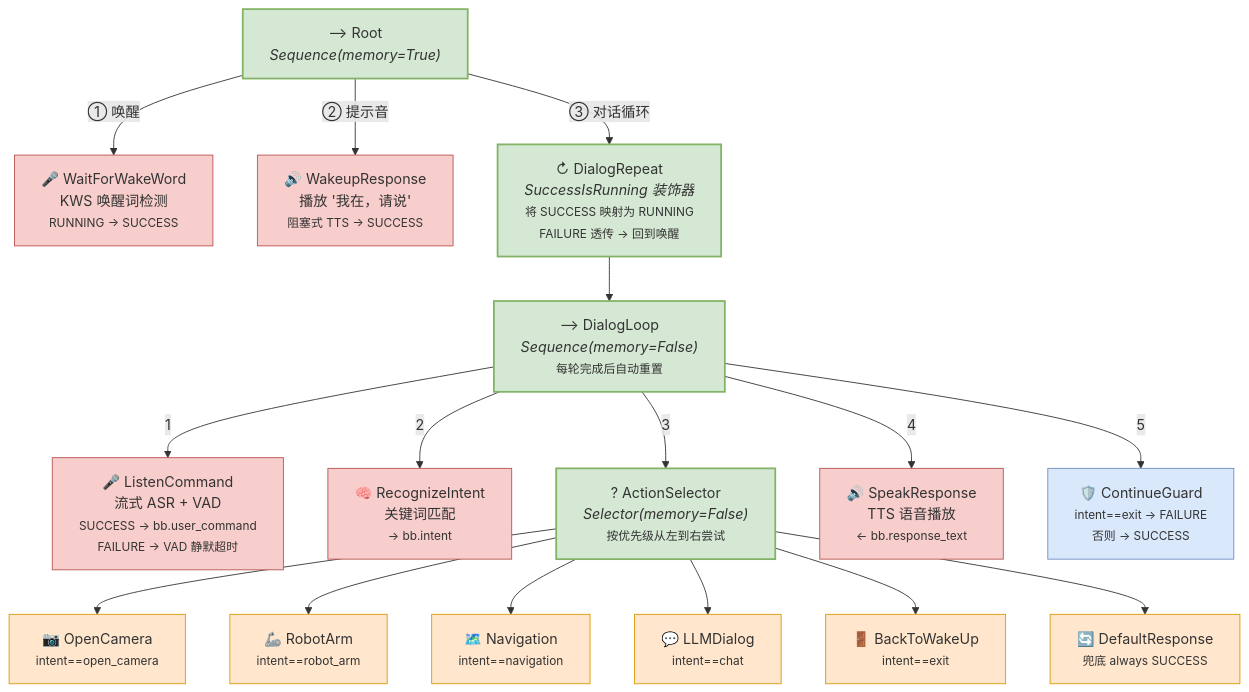
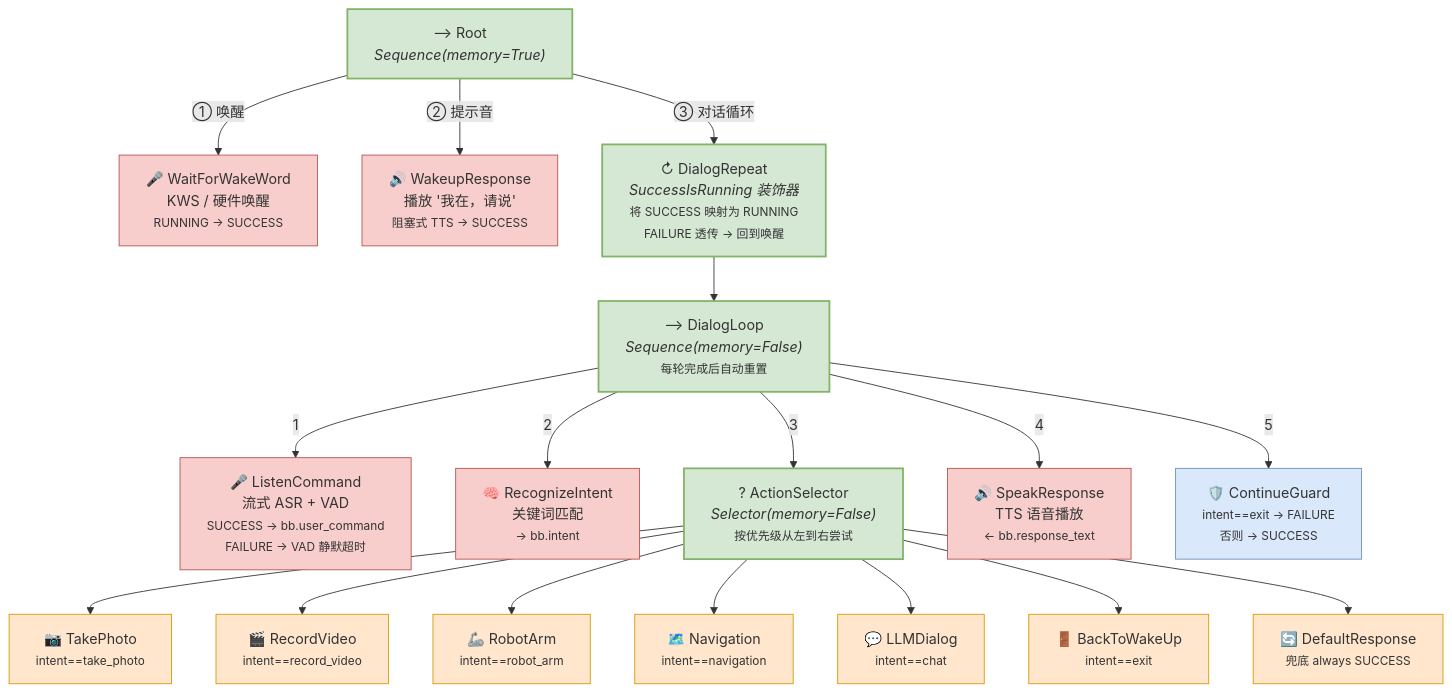
The second of 7 diagrams in README.md (QiuYuCode/smart-voice-robot), drawn with Mermaid before and after one commit. The commit also changed other lines of this file, not shown here.

Commit message:
docs: 更新 README，增加对两种意图模式的支持说明，优化系统架构描述

````diff
--- a/README.md
+++ b/README.md
@@ -83,53 +93,56 @@
 ```mermaid
 graph TD
     Root["⟶ Root<br/><i>Sequence(memory=True)</i>"]
-    WakeWord["🎤 WaitForWakeWord<br/>KWS 唤醒词检测<br/><small>RUNNING → SUCCESS</small>"]
+    WakeWord["🎤 WaitForWakeWord<br/>KWS / 硬件唤醒<br/><small>RUNNING → SUCCESS</small>"]
     WakeupSound["🔊 WakeupResponse<br/>播放 '我在，请说'<br/><small>阻塞式 TTS → SUCCESS</small>"]
     DialogRepeat["↻ DialogRepeat<br/><i>SuccessIsRunning 装饰器</i><br/><small>将 SUCCESS 映射为 RUNNING<br/>FAILURE 透传 → 回到唤醒</small>"]
     DialogLoop["⟶ DialogLoop<br/><i>Sequence(memory=False)</i><br/><small>每轮完成后自动重置</small>"]
     Listen["🎤 ListenCommand<br/>流式 ASR + VAD<br/><small>SUCCESS → bb.user_command<br/>FAILURE → VAD 静默超时</small>"]
     Intent["🧠 RecognizeIntent<br/>关键词匹配<br/><small>→ bb.intent</small>"]
     ActionSel["? ActionSelector<br/><i>Selector(memory=False)</i><br/><small>按优先级从左到右尝试</small>"]
     Speak["🔊 SpeakResponse<br/>TTS 语音播放<br/><small>← bb.response_text</small>"]
     Guard["🛡️ ContinueGuard<br/><small>intent==exit → FAILURE<br/>否则 → SUCCESS</small>"]
 
-    Camera["📷 OpenCamera<br/><small>intent==open_camera</small>"]
+    Photo["📷 TakePhoto<br/><small>intent==take_photo</small>"]
+    Video["🎬 RecordVideo<br/><small>intent==record_video</small>"]
     Arm["🦾 RobotArm<br/><small>intent==robot_arm</small>"]
     Nav["🗺️ Navigation<br/><small>intent==navigation</small>"]
     LLM["💬 LLMDialog<br/><small>intent==chat</small>"]
     Exit["🚪 BackToWakeUp<br/><small>intent==exit</small>"]
     Default["🔄 DefaultResponse<br/><small>兜底 always SUCCESS</small>"]
 
     Root -->|"① 唤醒"| WakeWord
     Root -->|"② 提示音"| WakeupSound
     Root -->|"③ 对话循环"| DialogRepeat
     DialogRepeat --> DialogLoop
     DialogLoop -->|"1"| Listen
     DialogLoop -->|"2"| Intent
     DialogLoop -->|"3"| ActionSel
     DialogLoop -->|"4"| Speak
     DialogLoop -->|"5"| Guard
-    ActionSel --> Camera
+    ActionSel --> Photo
+    ActionSel --> Video
     ActionSel --> Arm
     ActionSel --> Nav
     ActionSel --> LLM
     ActionSel --> Exit
     ActionSel --> Default
 
     style Root fill:#d5e8d4,stroke:#82b366,stroke-width:2px
     style DialogRepeat fill:#d5e8d4,stroke:#82b366,stroke-width:2px
     style DialogLoop fill:#d5e8d4,stroke:#82b366,stroke-width:2px
     style ActionSel fill:#d5e8d4,stroke:#82b366,stroke-width:2px
     style WakeWord fill:#f8cecc,stroke:#b85450
     style WakeupSound fill:#f8cecc,stroke:#b85450
     style Listen fill:#f8cecc,stroke:#b85450
     style Intent fill:#f8cecc,stroke:#b85450
     style Speak fill:#f8cecc,stroke:#b85450
     style Guard fill:#dae8fc,stroke:#6c8ebf
-    style Camera fill:#ffe6cc,stroke:#d79b00
+    style Photo fill:#ffe6cc,stroke:#d79b00
+    style Video fill:#ffe6cc,stroke:#d79b00
     style Arm fill:#ffe6cc,stroke:#d79b00
     style Nav fill:#ffe6cc,stroke:#d79b00
     style LLM fill:#ffe6cc,stroke:#d79b00
     style Exit fill:#ffe6cc,stroke:#d79b00
     style Default fill:#ffe6cc,stroke:#d79b00
 ```
````
